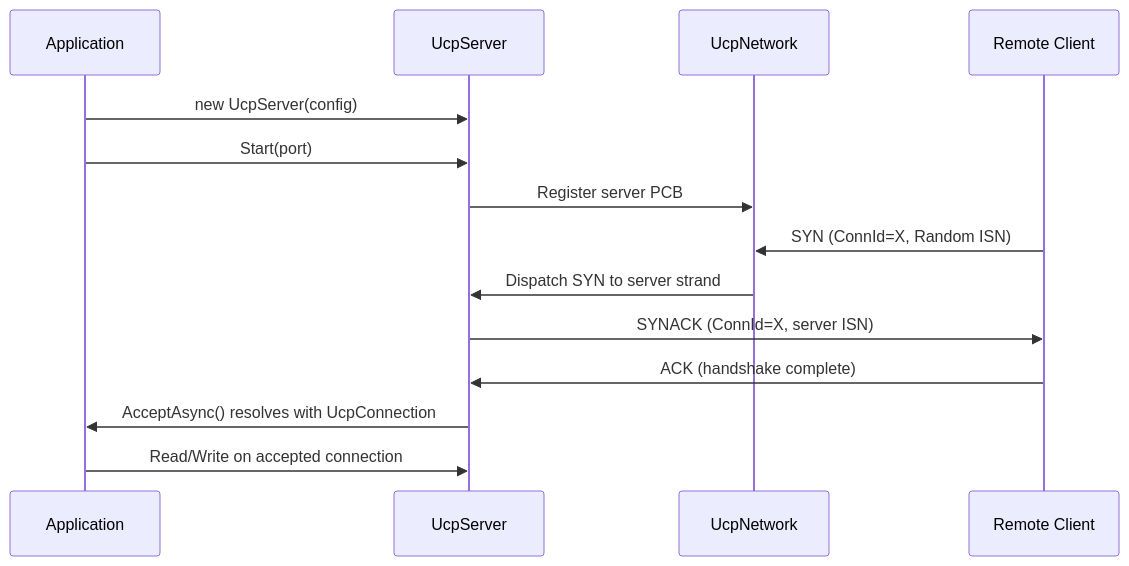
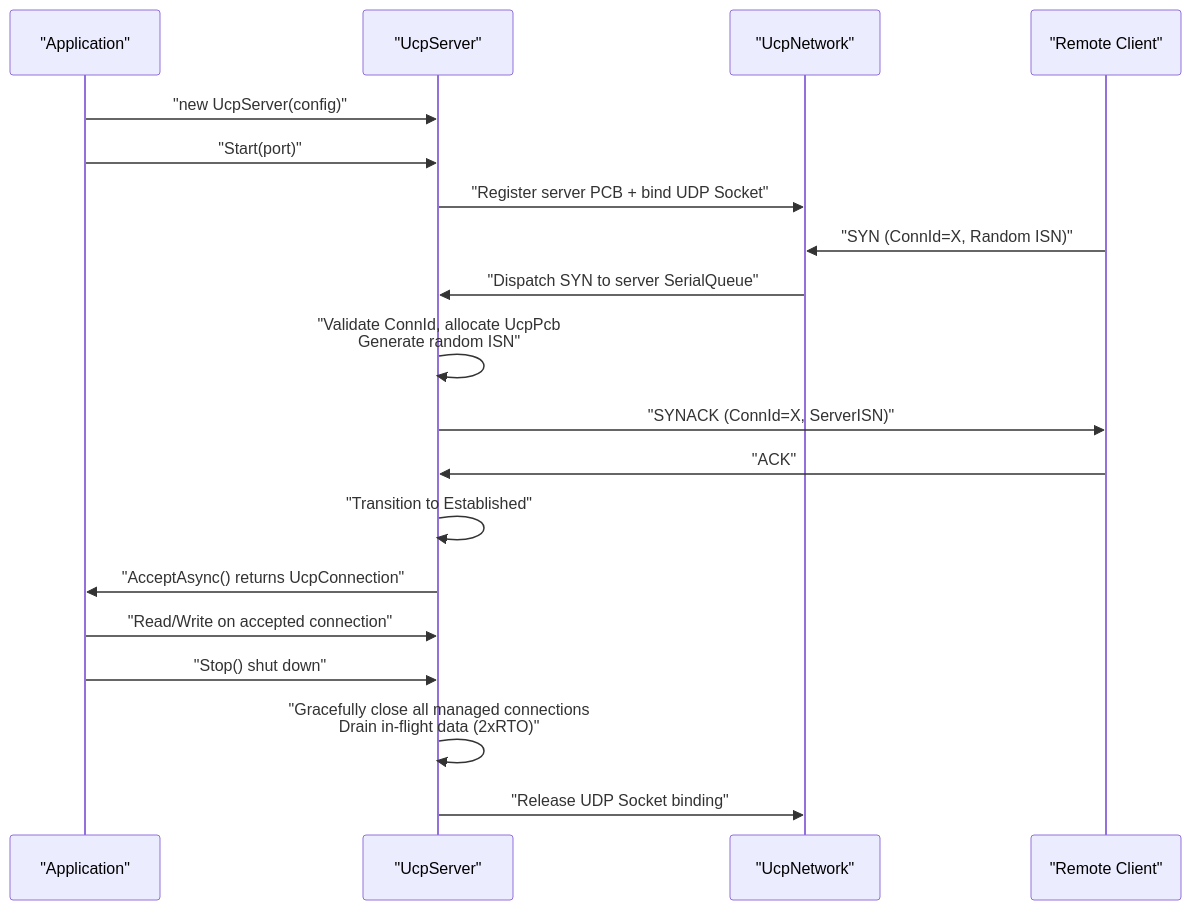
The second of 4 diagrams in docs/api.md (liulilittle/ucp), drawn with Mermaid before and after one commit. The commit also changed other lines of this file and 43 other files, not shown here.

````diff
--- a/docs/api.md
+++ b/docs/api.md
@@ -124,17 +120,26 @@
 ```mermaid
 sequenceDiagram
-    participant App as Application
-    participant Svr as UcpServer
-    participant Net as UcpNetwork
-    participant Cli as Remote Client
-
-    App->>Svr: new UcpServer(config)
-    App->>Svr: Start(port)
-    Svr->>Net: Register server PCB
-    Cli->>Net: SYN (ConnId=X, Random ISN)
-    Net->>Svr: Dispatch SYN to server strand
-    Svr->>Cli: SYNACK (ConnId=X, server ISN)
-    Cli->>Svr: ACK (handshake complete)
-    Svr->>App: AcceptAsync() resolves with UcpConnection
-    App->>Svr: Read/Write on accepted connection
+    participant App as "Application"
+    participant Svr as "UcpServer"
+    participant Net as "UcpNetwork"
+    participant Cli as "Remote Client"
+    
+    App->>Svr: "new UcpServer(config)"
+    App->>Svr: "Start(port)"
+    Svr->>Net: "Register server PCB + bind UDP Socket"
+    
+    Cli->>Net: "SYN (ConnId=X, Random ISN)"
+    Net->>Svr: "Dispatch SYN to server SerialQueue"
+    Svr->>Svr: "Validate ConnId, allocate UcpPcb<br/>Generate random ISN"
+    Svr->>Cli: "SYNACK (ConnId=X, ServerISN)"
+    
+    Cli->>Svr: "ACK"
+    Svr->>Svr: "Transition to Established"
+    Svr->>App: "AcceptAsync() returns UcpConnection"
+    
+    App->>Svr: "Read/Write on accepted connection"
+    
+    App->>Svr: "Stop() shut down"
+    Svr->>Svr: "Gracefully close all managed connections<br/>Drain in-flight data (2xRTO)"
+    Svr->>Net: "Release UDP Socket binding"
 ```
````
